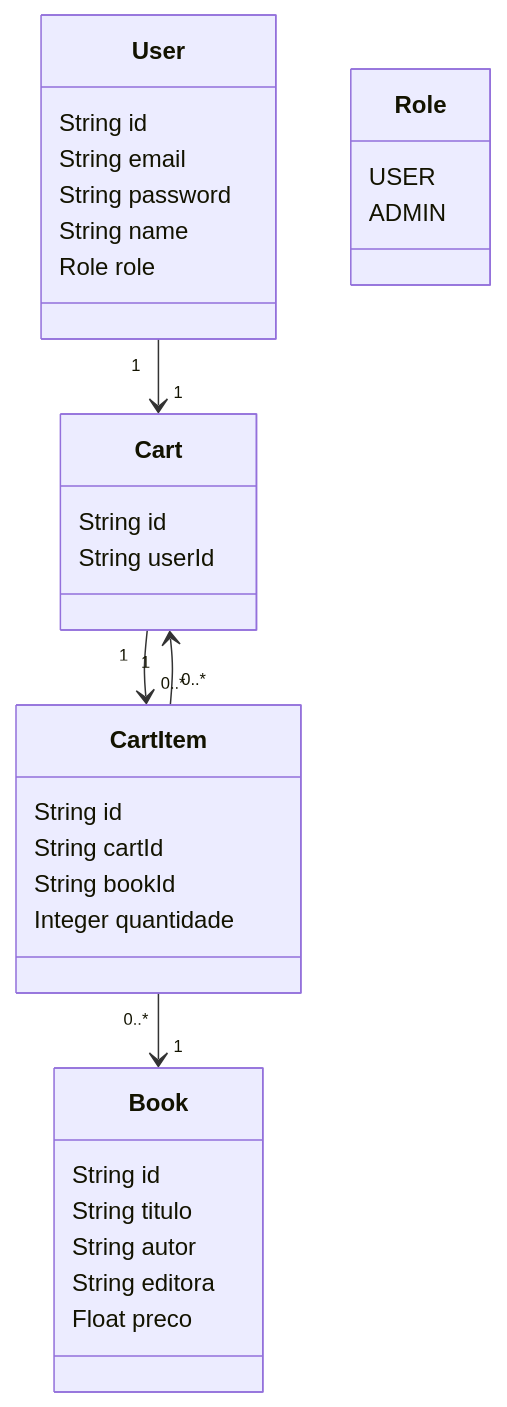
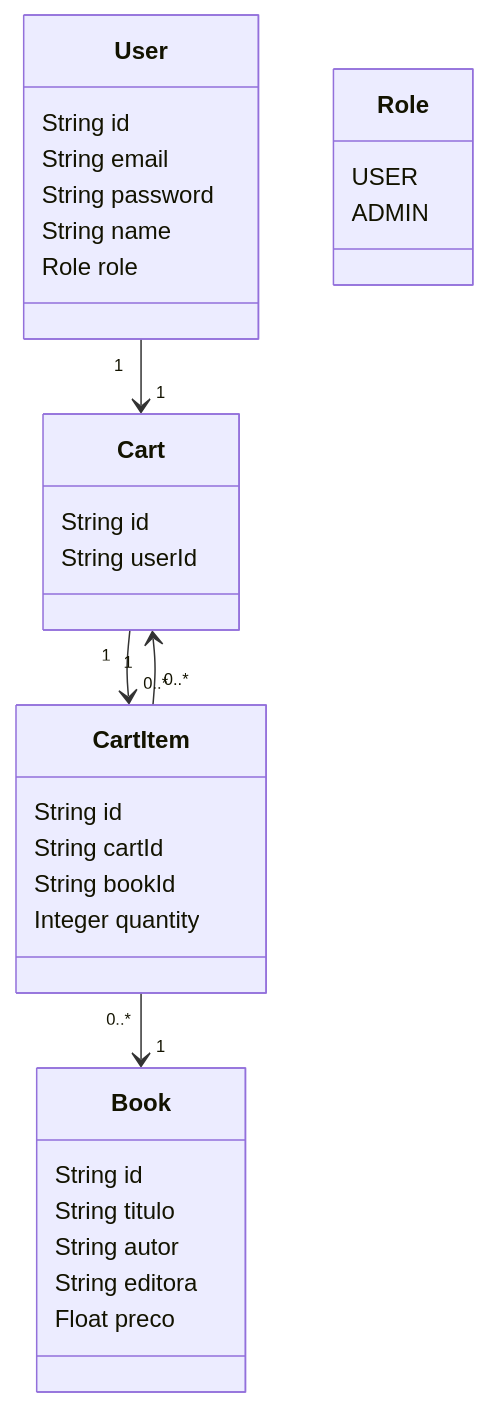
Before and after one commit to HeloisaFelizardo/book-store: the diagram in README.md, drawn with Mermaid.

Commit message:
modified: README.md

````diff
--- a/README.md
+++ b/README.md
@@ -3,40 +3,40 @@
 ```mermaid
 classDiagram
     class Book {
         String id
         String titulo
         String autor
         String editora
         Float preco
     }
 
     class User {
         String id
         String email
         String password
         String name
         Role role
     }
 
     class Cart {
         String id
         String userId
     }
 
     class CartItem {
         String id
         String cartId
         String bookId
-        Integer quantidade
+        Integer quantity
     }
 
     class Role {
         USER
         ADMIN
     }
 
     User "1" --> "1" Cart
     Cart "1" --> "0..*" CartItem
     CartItem "0..*" --> "1" Book
     CartItem "0..*" --> "1" Cart
 ```
````
